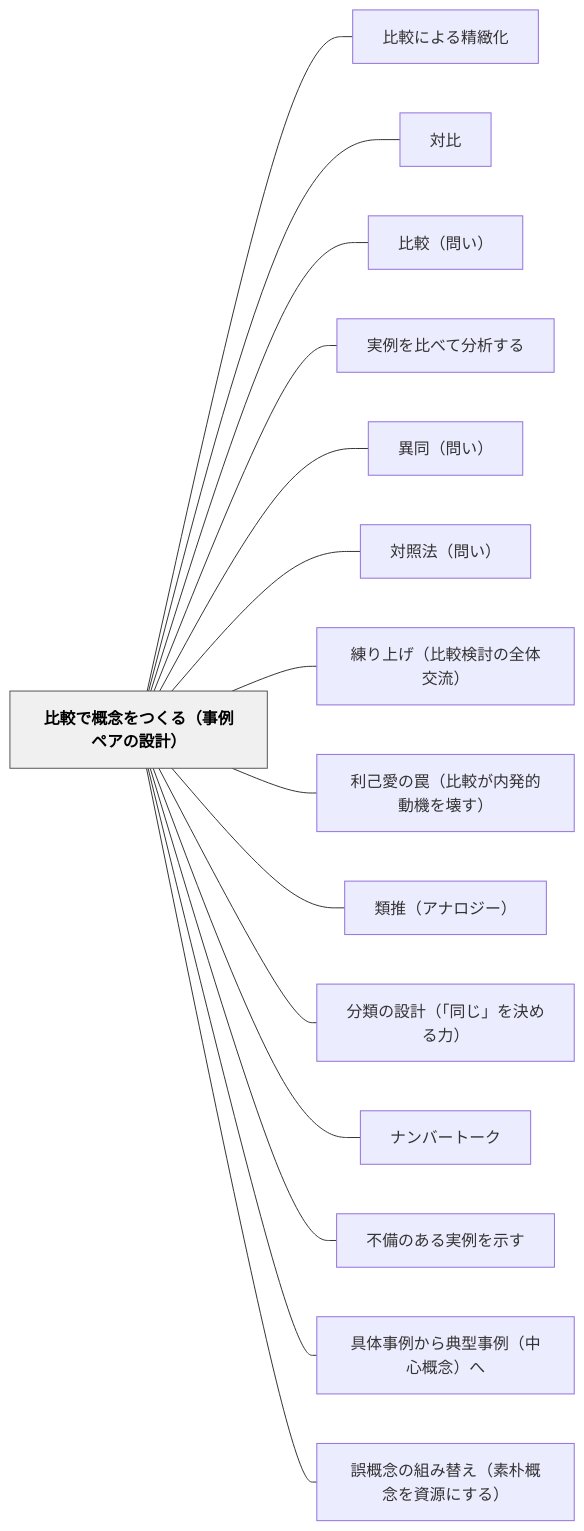
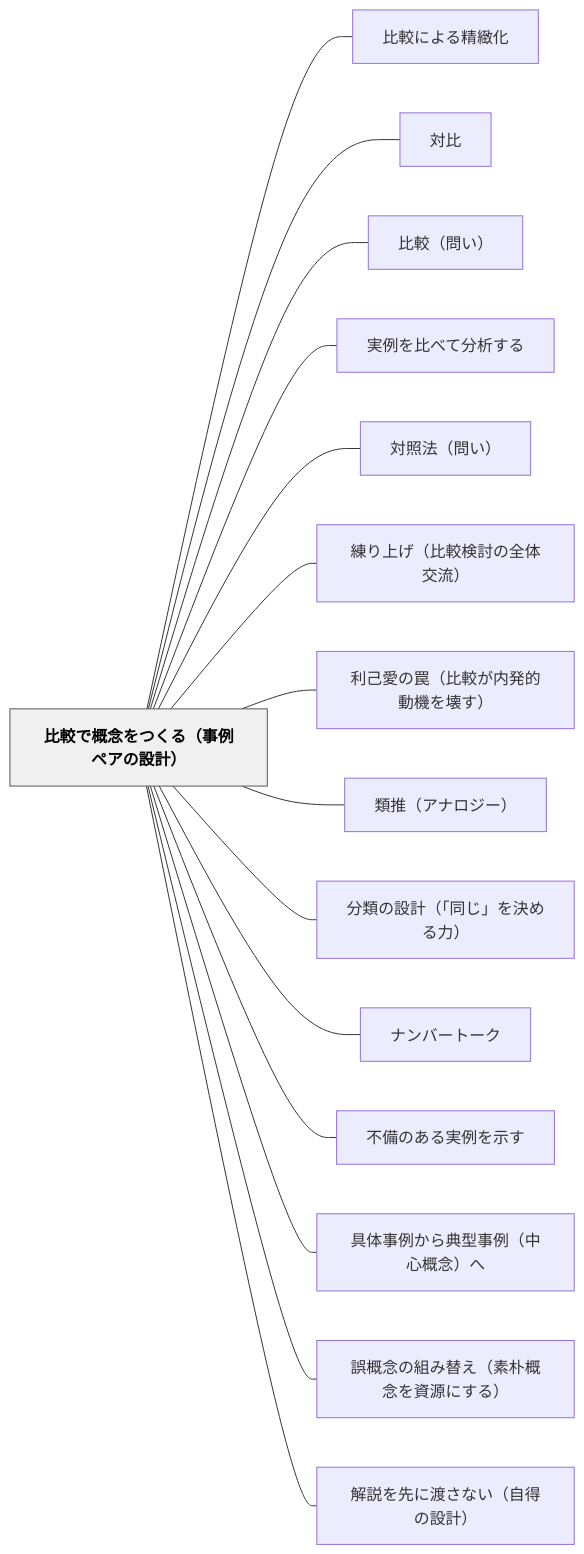
Before and after one commit to unknownthings-ed-patterns/unknownthings-ed-patterns: the diagram in content/パタン/比較で概念をつくる（事例ペアの設計）.md, drawn with Mermaid. The commit also changed other lines of this file and 9 other files, not shown here.

````diff
--- a/content/パタン/比較で概念をつくる（事例ペアの設計）.md
+++ b/content/パタン/比較で概念をつくる（事例ペアの設計）.md
@@ -208,36 +207,36 @@
 ```mermaid
 flowchart LR
     ne6af94e8bc83e381a7e6a682e5bfb5e38292e381a4e3818fe3828befbc88e4ba8be4be8be3839ae382a2e381aee8a8ade8a888efbc89["比較で概念をつくる（事例ペアの設計）"]
     ne6af94e8bc83e381abe38288e3828be7b2bee7b7bbe58c96["比較による精緻化"]
     ne5afbee6af94["対比"]
     ne6af94e8bc83efbc88e5958fe38184efbc89["比較（問い）"]
     ne5ae9fe4be8be38292e6af94e381b9e381a6e58886e69e90e38199e3828b["実例を比べて分析する"]
-    ne795b0e5908cefbc88e5958fe38184efbc89["異同（問い）"]
     ne5afbee785a7e6b395efbc88e5958fe38184efbc89["対照法（問い）"]
     ne7b7b4e3828ae4b88ae38192efbc88e6af94e8bc83e6a49ce8a88ee381aee585a8e4bd93e4baa4e6b581efbc89["練り上げ（比較検討の全体交流）"]
     ne588a9e5b7b1e6849be381aee7bda0efbc88e6af94e8bc83e3818ce58685e799bae79a84e58b95e6a99fe38292e5a38ae38199efbc89["利己愛の罠（比較が内発的動機を壊す）"]
     ne9a19ee68ea8efbc88e382a2e3838ae383ade382b8e383bcefbc89["類推（アナロジー）"]
     ne58886e9a19ee381aee8a8ade8a888efbc88e3808ce5908ce38198e3808de38292e6b1bae38281e3828be58a9befbc89["分類の設計（「同じ」を決める力）"]
     ne3838ae383b3e38390e383bce38388e383bce382af["ナンバートーク"]
     ne4b88de58299e381aee38182e3828be5ae9fe4be8be38292e7a4bae38199["不備のある実例を示す"]
     ne585b7e4bd93e4ba8be4be8be3818be38289e585b8e59e8be4ba8be4be8befbc88e4b8ade5bf83e6a682e5bfb5efbc89e381b8["具体事例から典型事例（中心概念）へ"]
     ne8aaa4e6a682e5bfb5e381aee7b584e381bfe69bbfe38188efbc88e7b4a0e69cb4e6a682e5bfb5e38292e8b387e6ba90e381abe38199e3828befbc89["誤概念の組み替え（素朴概念を資源にする）"]
+    ne8a7a3e8aaace38292e58588e381abe6b8a1e38195e381aae38184efbc88e887aae5be97e381aee8a8ade8a888efbc89["解説を先に渡さない（自得の設計）"]
 
     ne6af94e8bc83e381a7e6a682e5bfb5e38292e381a4e3818fe3828befbc88e4ba8be4be8be3839ae382a2e381aee8a8ade8a888efbc89 --- ne6af94e8bc83e381abe38288e3828be7b2bee7b7bbe58c96
     ne6af94e8bc83e381a7e6a682e5bfb5e38292e381a4e3818fe3828befbc88e4ba8be4be8be3839ae382a2e381aee8a8ade8a888efbc89 --- ne5afbee6af94
     ne6af94e8bc83e381a7e6a682e5bfb5e38292e381a4e3818fe3828befbc88e4ba8be4be8be3839ae382a2e381aee8a8ade8a888efbc89 --- ne6af94e8bc83efbc88e5958fe38184efbc89
     ne6af94e8bc83e381a7e6a682e5bfb5e38292e381a4e3818fe3828befbc88e4ba8be4be8be3839ae382a2e381aee8a8ade8a888efbc89 --- ne5ae9fe4be8be38292e6af94e381b9e381a6e58886e69e90e38199e3828b
-    ne6af94e8bc83e381a7e6a682e5bfb5e38292e381a4e3818fe3828befbc88e4ba8be4be8be3839ae382a2e381aee8a8ade8a888efbc89 --- ne795b0e5908cefbc88e5958fe38184efbc89
     ne6af94e8bc83e381a7e6a682e5bfb5e38292e381a4e3818fe3828befbc88e4ba8be4be8be3839ae382a2e381aee8a8ade8a888efbc89 --- ne5afbee785a7e6b395efbc88e5958fe38184efbc89
     ne6af94e8bc83e381a7e6a682e5bfb5e38292e381a4e3818fe3828befbc88e4ba8be4be8be3839ae382a2e381aee8a8ade8a888efbc89 --- ne7b7b4e3828ae4b88ae38192efbc88e6af94e8bc83e6a49ce8a88ee381aee585a8e4bd93e4baa4e6b581efbc89
     ne6af94e8bc83e381a7e6a682e5bfb5e38292e381a4e3818fe3828befbc88e4ba8be4be8be3839ae382a2e381aee8a8ade8a888efbc89 --- ne588a9e5b7b1e6849be381aee7bda0efbc88e6af94e8bc83e3818ce58685e799bae79a84e58b95e6a99fe38292e5a38ae38199efbc89
     ne6af94e8bc83e381a7e6a682e5bfb5e38292e381a4e3818fe3828befbc88e4ba8be4be8be3839ae382a2e381aee8a8ade8a888efbc89 --- ne9a19ee68ea8efbc88e382a2e3838ae383ade382b8e383bcefbc89
     ne6af94e8bc83e381a7e6a682e5bfb5e38292e381a4e3818fe3828befbc88e4ba8be4be8be3839ae382a2e381aee8a8ade8a888efbc89 --- ne58886e9a19ee381aee8a8ade8a888efbc88e3808ce5908ce38198e3808de38292e6b1bae38281e3828be58a9befbc89
     ne6af94e8bc83e381a7e6a682e5bfb5e38292e381a4e3818fe3828befbc88e4ba8be4be8be3839ae382a2e381aee8a8ade8a888efbc89 --- ne3838ae383b3e38390e383bce38388e383bce382af
     ne6af94e8bc83e381a7e6a682e5bfb5e38292e381a4e3818fe3828befbc88e4ba8be4be8be3839ae382a2e381aee8a8ade8a888efbc89 --- ne4b88de58299e381aee38182e3828be5ae9fe4be8be38292e7a4bae38199
     ne6af94e8bc83e381a7e6a682e5bfb5e38292e381a4e3818fe3828befbc88e4ba8be4be8be3839ae382a2e381aee8a8ade8a888efbc89 --- ne585b7e4bd93e4ba8be4be8be3818be38289e585b8e59e8be4ba8be4be8befbc88e4b8ade5bf83e6a682e5bfb5efbc89e381b8
     ne6af94e8bc83e381a7e6a682e5bfb5e38292e381a4e3818fe3828befbc88e4ba8be4be8be3839ae382a2e381aee8a8ade8a888efbc89 --- ne8aaa4e6a682e5bfb5e381aee7b584e381bfe69bbfe38188efbc88e7b4a0e69cb4e6a682e5bfb5e38292e8b387e6ba90e381abe38199e3828befbc89
+    ne6af94e8bc83e381a7e6a682e5bfb5e38292e381a4e3818fe3828befbc88e4ba8be4be8be3839ae382a2e381aee8a8ade8a888efbc89 --- ne8a7a3e8aaace38292e58588e381abe6b8a1e38195e381aae38184efbc88e887aae5be97e381aee8a8ade8a888efbc89
 
     classDef hub fill:#f0f0f0,stroke:#555,color:#000,font-weight:bold
     class ne6af94e8bc83e381a7e6a682e5bfb5e38292e381a4e3818fe3828befbc88e4ba8be4be8be3839ae382a2e381aee8a8ade8a888efbc89 hub
 ```
````
